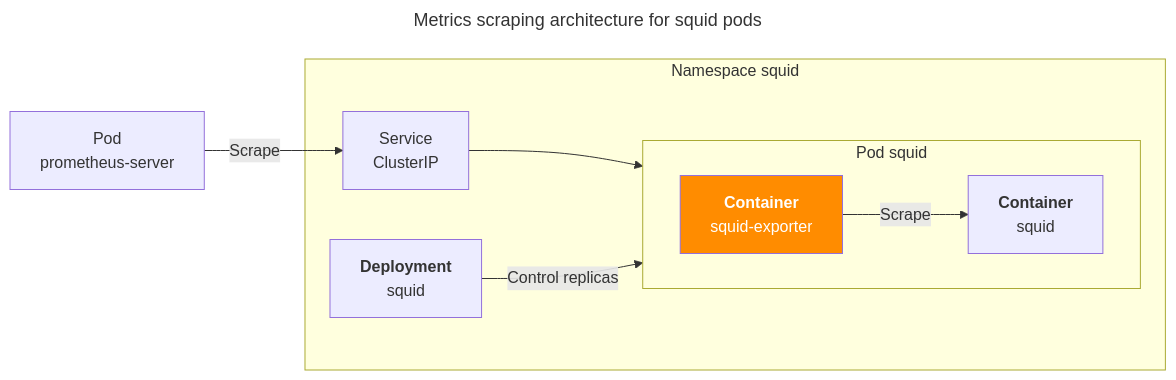
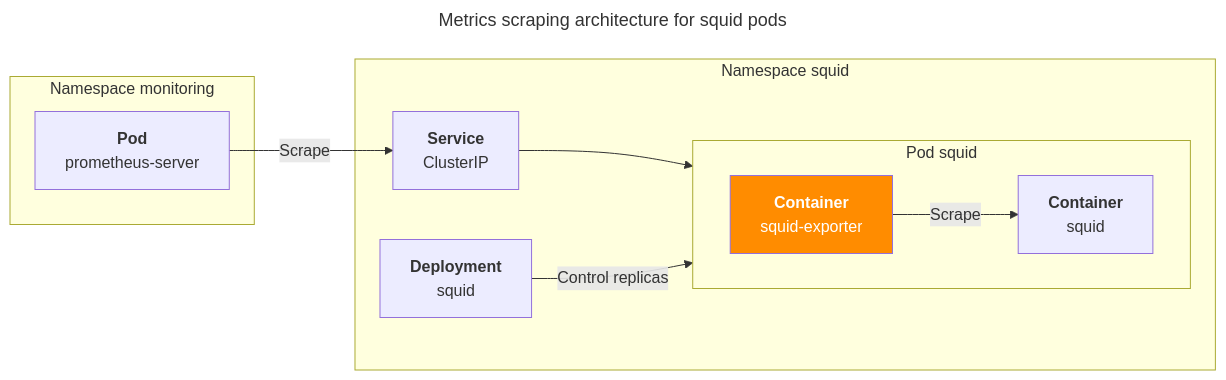
The fourth of 4 diagrams in content/blog/squid/index.md (younsl/younsl.github.io), drawn with Mermaid before and after one commit. The commit also changed other lines of this file, not shown here.

Commit message:
chore: Rewrite draw.io to mermaid

````diff
--- a/content/blog/squid/index.md
+++ b/content/blog/squid/index.md
@@ -193,28 +203,30 @@
 ```mermaid
 ---
 title: Metrics scraping architecture for squid pods
 ---
 flowchart LR
     subgraph ns["Namespace squid"]
         subgraph p["Pod squid"]
             direction LR
             c1["`**Container**
             squid`"]
             c2["`**Container**
             squid-exporter`"]
         end
-        svc["`Service
+        svc["`**Service**
         ClusterIP`"]
         deploy["`**Deployment**
         squid`"]
     end
-    prom["`Pod
-    prometheus-server`"]
+    subgraph ns2["Namespace monitoring"]
+        prom["`**Pod**
+        prometheus-server`"]
+    end
 
     deploy --Control replicas--> p
     c2 --Scrape--> c1
 
     prom --Scrape--> svc --> c2
 
     style c2 fill:darkorange,color:white
 ```
````
